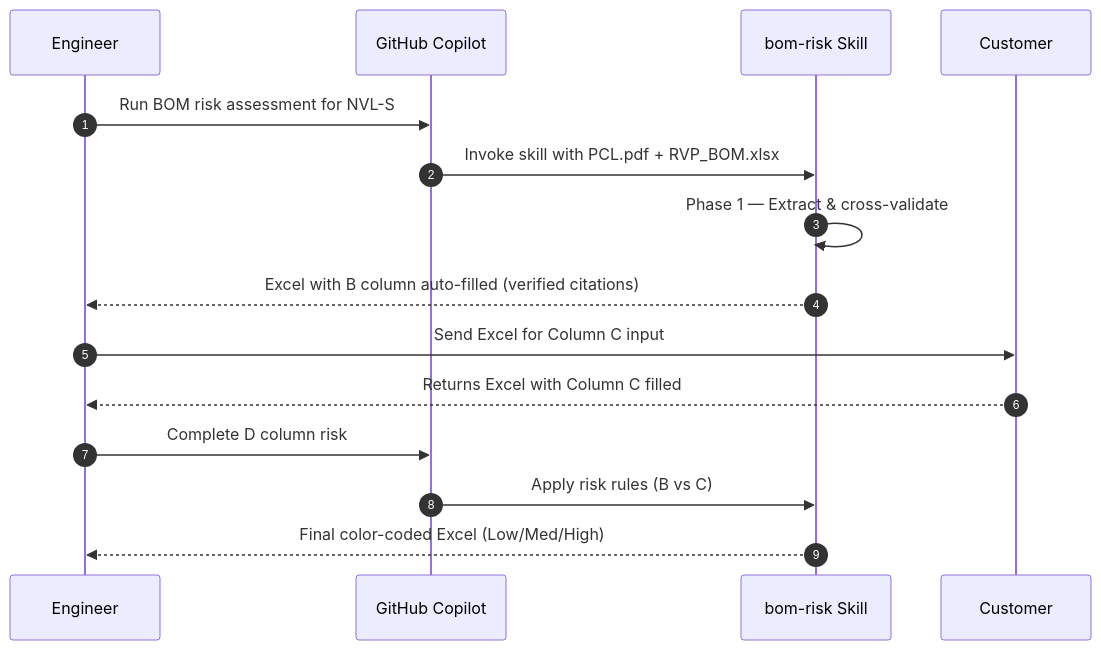
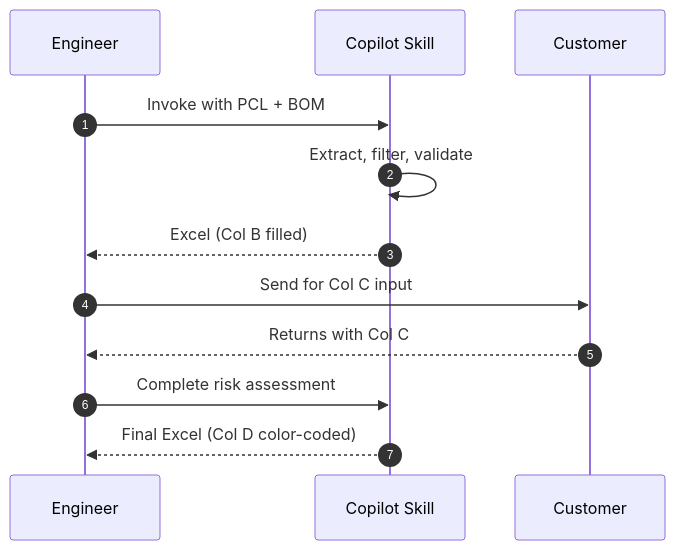
The third of 3 diagrams in .github/skills/bom-risk/README.md (billhsie/BOM_Risk_Assessment), drawn with Mermaid before and after one commit. The commit also changed other lines of this file and 1 other file, not shown here.

Commit message:
Rewrite README: high-level professional format with EN/CN toggle

````diff
--- a/.github/skills/bom-risk/README.md
+++ b/.github/skills/bom-risk/README.md
@@ -87,18 +88,15 @@
 ```mermaid
 sequenceDiagram
     autonumber
-    participant U as Engineer
-    participant CP as GitHub Copilot
-    participant SK as bom-risk Skill
-    participant CU as Customer
+    participant Eng as Engineer
+    participant AI as Copilot Skill
+    participant Cust as Customer
 
-    U->>CP: Run BOM risk assessment for NVL-S
-    CP->>SK: Invoke skill with PCL.pdf + RVP_BOM.xlsx
-    SK->>SK: Phase 1 — Extract & cross-validate
-    SK-->>U: Excel with B column auto-filled (verified citations)
-    U->>CU: Send Excel for Column C input
-    CU-->>U: Returns Excel with Column C filled
-    U->>CP: Complete D column risk
-    CP->>SK: Apply risk rules (B vs C)
-    SK-->>U: Final color-coded Excel (Low/Med/High)
+    Eng->>AI: Invoke with PCL + BOM
+    AI->>AI: Extract, filter, validate
+    AI-->>Eng: Excel (Col B filled)
+    Eng->>Cust: Send for Col C input
+    Cust-->>Eng: Returns with Col C
+    Eng->>AI: Complete risk assessment
+    AI-->>Eng: Final Excel (Col D color-coded)
 ```
````
